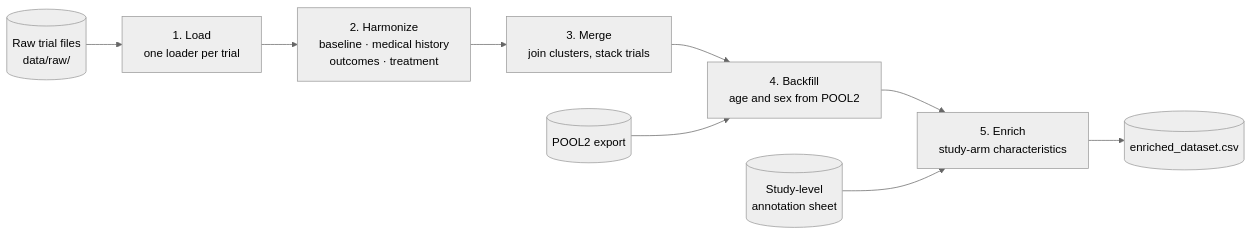
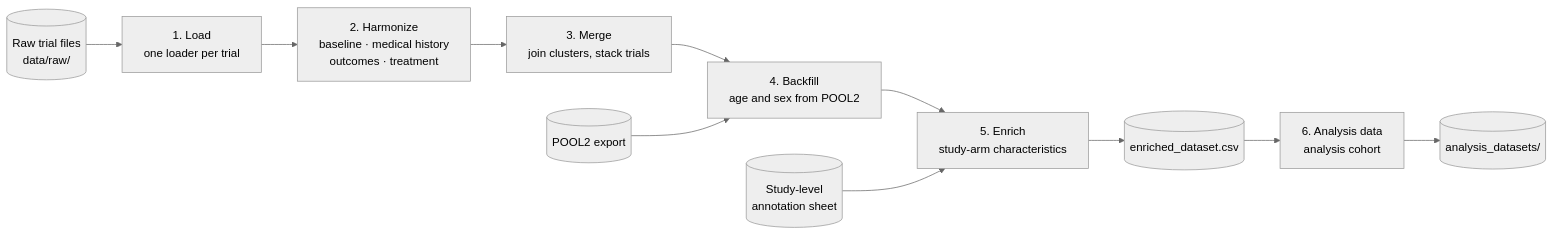
The diagram in README.md (DSSGxMunich/collaborative-care-analysis), drawn with Mermaid (neutral theme) before and after one commit. The commit also changed other lines of this file and 3 other files, not shown here.

First line of the commit message:
Add `analysis-data` command to run pipeline (#245)

````diff
--- a/README.md
+++ b/README.md
@@ -68,11 +68,13 @@
 ```mermaid
 flowchart LR
     raw[("Raw trial files<br/>data/raw/")] --> load["1. Load<br/>one loader per trial"]
     load --> harmonize["2. Harmonize<br/>baseline · medical history<br/>outcomes · treatment"]
     harmonize --> merge["3. Merge<br/>join clusters, stack trials"]
     merge --> backfill["4. Backfill<br/>age and sex from POOL2"]
     pool2[("POOL2 export")] --> backfill
     backfill --> enrich["5. Enrich<br/>study-arm characteristics"]
     sheet[("Study-level<br/>annotation sheet")] --> enrich
     enrich --> out[("enriched_dataset.csv")]
+    out --> cohort["6. Analysis data<br/>analysis cohort"]
+    cohort --> cohorts[("analysis_datasets/")]
 ```
````
